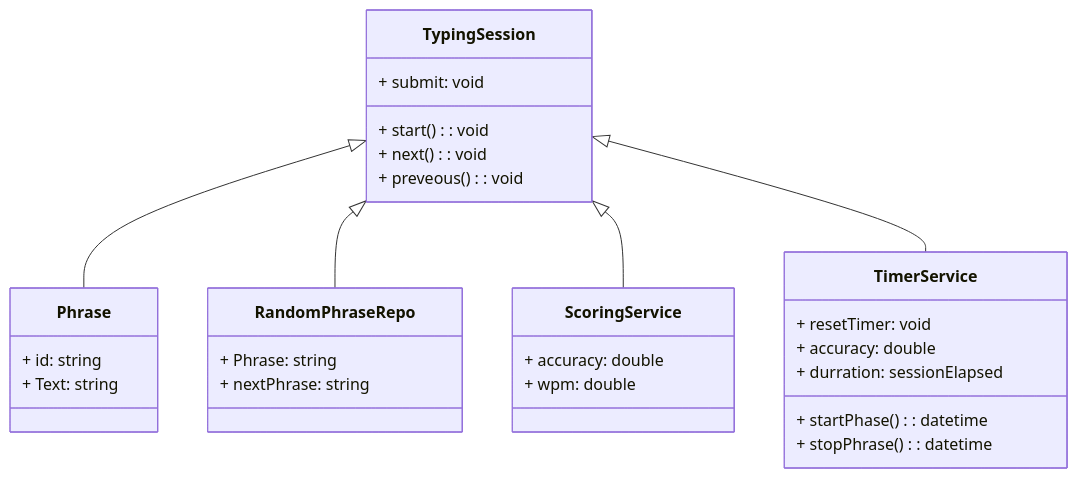
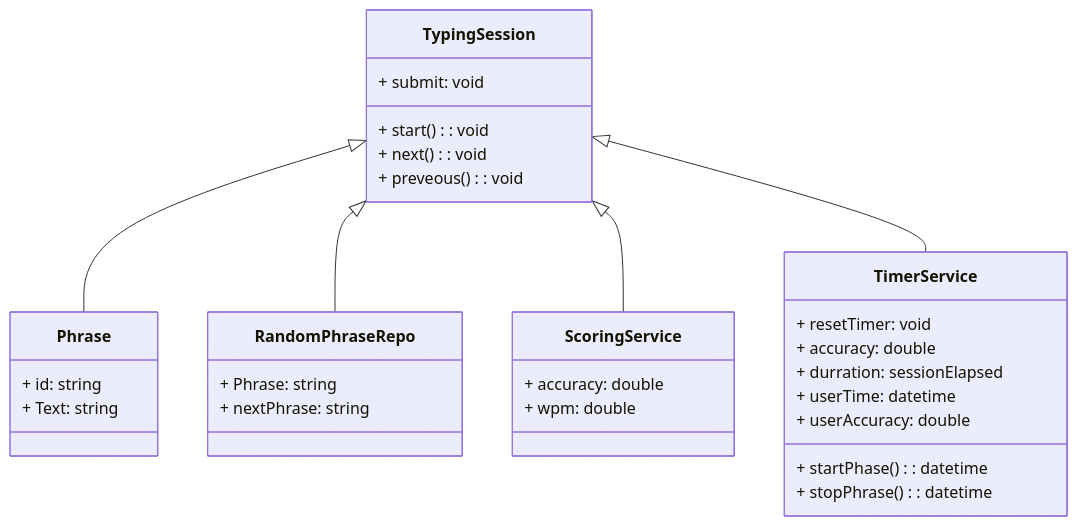
One commit to zigglethorp/tippitytappity-design changed the diagram in README.md. Above: the diagram before and after it, drawn with Mermaid.

Commit message:
Update README.md
implemented new objects to save user specific data

````diff
--- a/README.md
+++ b/README.md
@@ -8,34 +8,36 @@
 ```mermaid
 classDiagram
   TypingSession <|-- Phrase
   class Phrase{
         + id: string
         + Text: string
   }
   TypingSession <|-- RandomPhraseRepo
   class RandomPhraseRepo{
         + Phrase: string
         + nextPhrase: string
 }
   TypingSession <|-- ScoringService
   class ScoringService{
         + accuracy: double
         + wpm: double
   }
   TypingSession <|-- TimerService
   class TimerService{
         + startPhase(): datetime
         + stopPhrase(): datetime
         + resetTimer: void 
         + accuracy: double
         + durration: sessionElapsed
+        + userTime: datetime
+        + userAccuracy: double
   }
 
   class TypingSession{
         + start(): void
         + submit: void
         + next(): void
         + preveous(): void
   }
 
 ```
````
